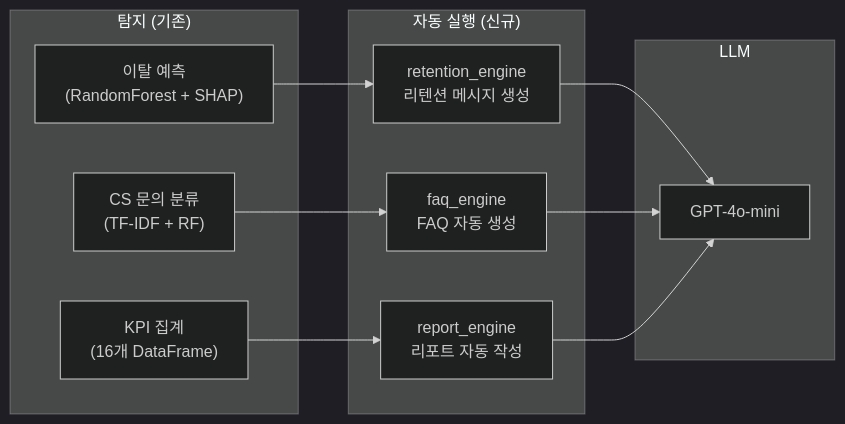
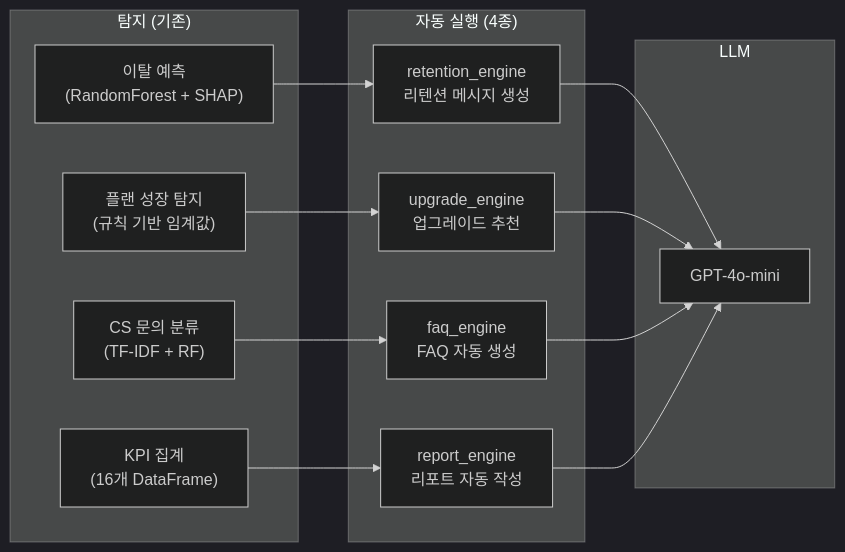
One commit to ASNGG/cafe24-demo changed diagram 28 of 28 in backend 리팩토링 시작/README.md. Above: the diagram before and after it, drawn with Mermaid (dark theme). The commit also changed other lines of this file and 11 other files, not shown here.

````diff
--- a/backend 리팩토링 시작/README.md
+++ b/backend 리팩토링 시작/README.md
@@ -3345,22 +3346,25 @@
 ```mermaid
 flowchart LR
     subgraph Detection["탐지 (기존)"]
         CHURN["이탈 예측<br/>(RandomForest + SHAP)"]
+        PLAN["플랜 성장 탐지<br/>(규칙 기반 임계값)"]
         CS["CS 문의 분류<br/>(TF-IDF + RF)"]
         KPI["KPI 집계<br/>(16개 DataFrame)"]
     end
 
-    subgraph Automation["자동 실행 (신규)"]
+    subgraph Automation["자동 실행 (4종)"]
         RET["retention_engine<br/>리텐션 메시지 생성"]
+        UPG["upgrade_engine<br/>업그레이드 추천"]
         FAQ["faq_engine<br/>FAQ 자동 생성"]
         RPT["report_engine<br/>리포트 자동 작성"]
     end
 
     subgraph LLM["LLM"]
         GPT["GPT-4o-mini"]
     end
 
     CHURN --> RET --> GPT
+    PLAN --> UPG --> GPT
     CS --> FAQ --> GPT
     KPI --> RPT --> GPT
 ```
````
